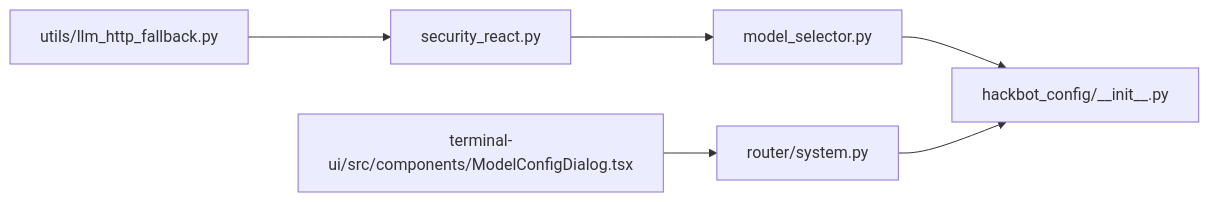
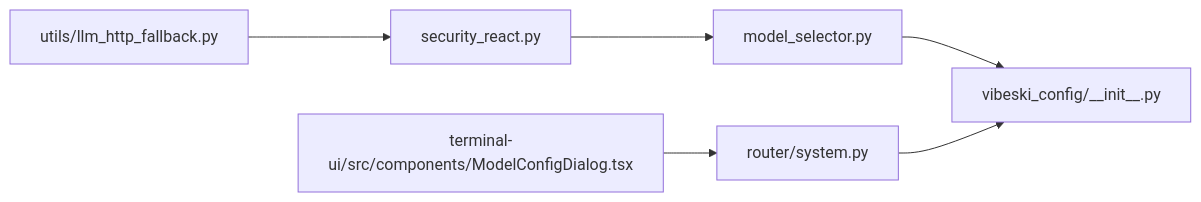
One commit to crabin/VIBESKI changed the ninth of 11 diagrams in .qoder/repowiki/zh/content/LLM提供商支持.md. Above: the diagram before and after it, drawn with Mermaid. The commit also changed other lines of this file and 170 other files, not shown here.

Commit message:
chore: rename all secbot/hackbot identifiers to vibeski

````diff
--- a/.qoder/repowiki/zh/content/LLM提供商支持.md
+++ b/.qoder/repowiki/zh/content/LLM提供商支持.md
@@ -314,8 +314,8 @@
 ```mermaid
 graph LR
-A[model_selector.py] --> B[hackbot_config/__init__.py]
+A[model_selector.py] --> B[vibeski_config/__init__.py]
 C[security_react.py] --> A
 D[router/system.py] --> B
 E[terminal-ui/src/components/ModelConfigDialog.tsx] --> D
 F[utils/llm_http_fallback.py] --> C
 ```
````
